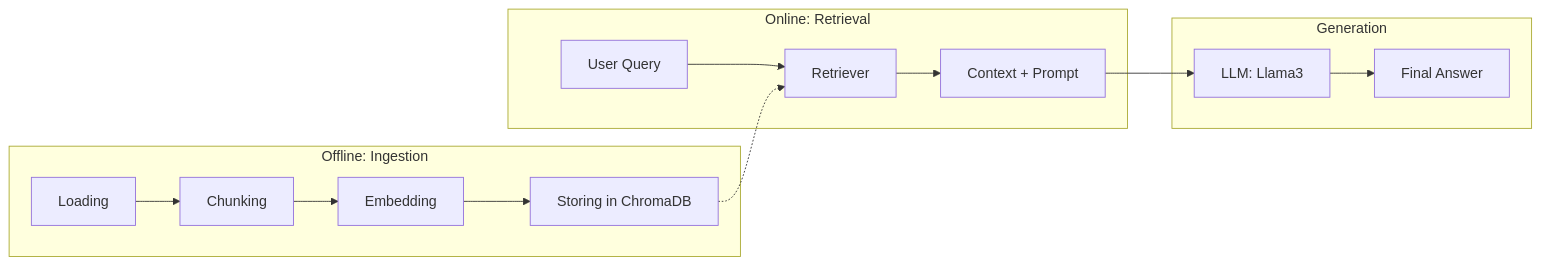
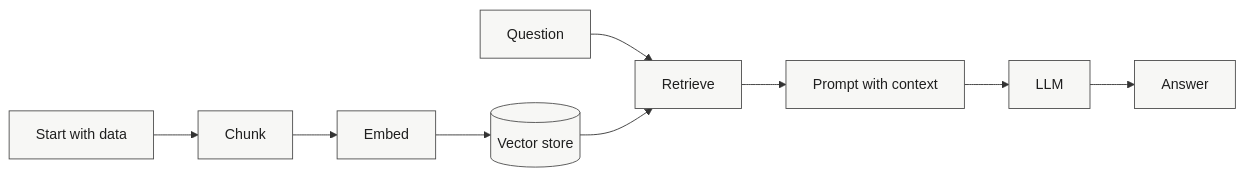
One commit to Troy-LL/RAGgedy changed the diagram in 01_Naive_RAG/README.md. Above: the diagram before and after it, drawn with Mermaid. The commit also changed other lines of this file and 2 other files, not shown here.

````diff
--- a/01_Naive_RAG/README.md
+++ b/01_Naive_RAG/README.md
@@ -11,19 +9,14 @@
 ```mermaid
-graph LR
-    subgraph Offline: Ingestion
-        A[Loading] --> B[Chunking]
-        B --> C[Embedding]
-        C --> D[Storing in ChromaDB]
-    end
-    
-    subgraph Online: Retrieval
-        E[User Query] --> F[Retriever]
-        D -.-> F
-        F --> G[Context + Prompt]
-    end
-    
-    subgraph Generation
-        G --> H[LLM: Llama3]
-        H --> I[Final Answer]
-    end
+flowchart LR
+	A[Start with data] --> B[Chunk]
+	B --> C[Embed]
+	C --> D[(Vector store)]
+	Q[Question] --> R[Retrieve]
+	D --> R
+	R --> P[Prompt with context]
+	P --> L[LLM]
+	L --> O[Answer]
+
+	classDef step fill:#f7f7f5,stroke:#4c4c4c,color:#1f1f1f;
+	class A,B,C,D,Q,R,P,L,O step;
 ```
````
